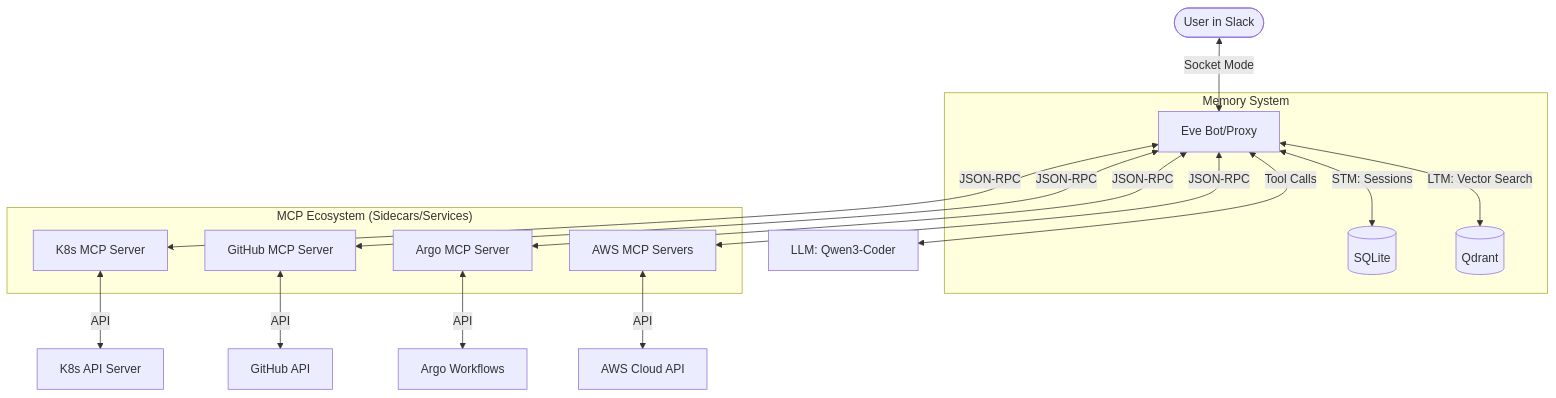
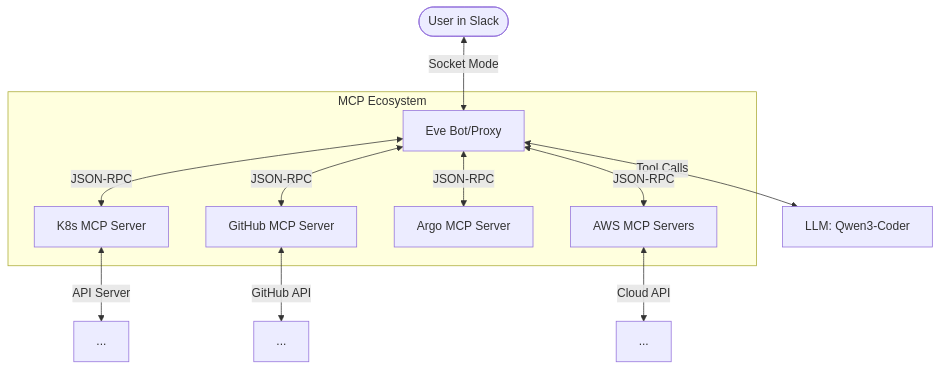
Before and after one commit to restack/eve: the first of 2 diagrams in README.md, drawn with Mermaid. The commit also changed other lines of this file, not shown here.

````diff
--- a/README.md
+++ b/README.md
@@ -17,22 +20,16 @@
 ```mermaid
 graph TD
     User([User in Slack]) <-->|Socket Mode| Eve[Eve Bot/Proxy]
     Eve <-->|Tool Calls| LLM[LLM: Qwen3-Coder]
 
-    subgraph "Memory System"
-        Eve <-->|STM: Sessions| SQLite[(SQLite)]
-        Eve <-->|LTM: Vector Search| Qdrant[(Qdrant)]
-    end
-
-    subgraph "MCP Ecosystem (Sidecars/Services)"
+    subgraph "MCP Ecosystem"
         Eve <-->|JSON-RPC| K8s[K8s MCP Server]
         Eve <-->|JSON-RPC| GH[GitHub MCP Server]
         Eve <-->|JSON-RPC| Argo[Argo MCP Server]
         Eve <-->|JSON-RPC| AWS[AWS MCP Servers]
     end
 
-    K8s <-->|API| Cluster[K8s API Server]
-    GH <-->|API| GitHub[GitHub API]
-    Argo <-->|API| AW[Argo Workflows]
-    AWS <-->|API| Cloud[AWS Cloud API]
+    K8s <-->|API Server| Cluster[...]
+    GH <-->|GitHub API| GitHub[...]
+    AWS <-->|Cloud API| Cloud[...]
 ```
````
